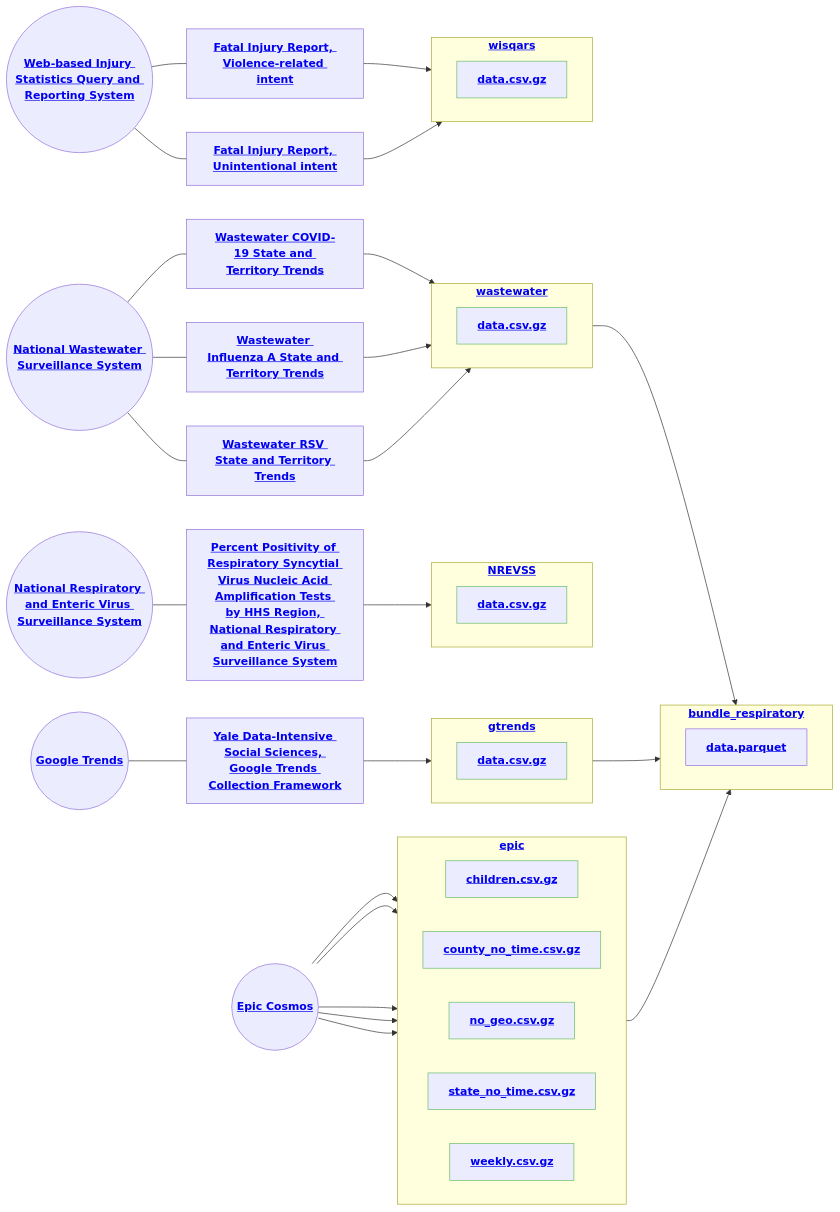
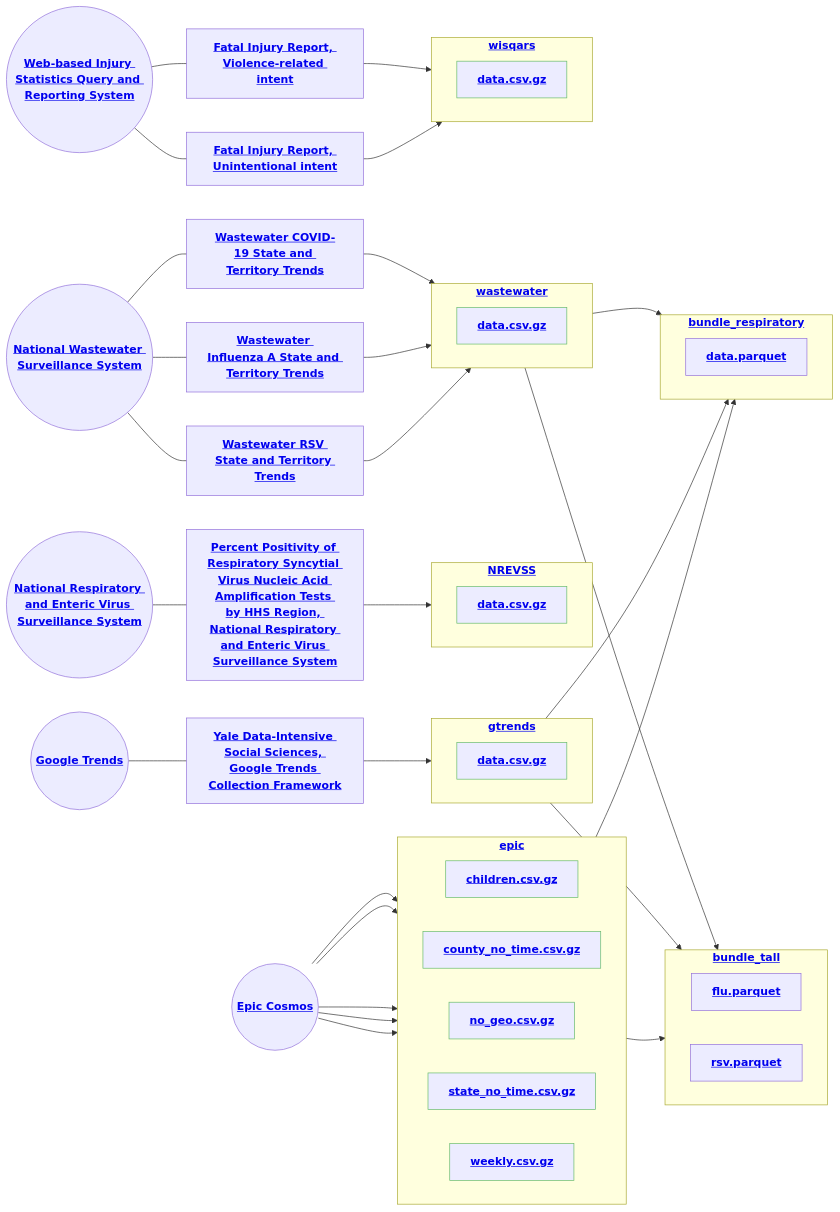
One commit to DISSC-yale/pophive_demo changed the diagram in status.md. Above: the diagram before and after it, drawn with Mermaid. The commit also changed 33 other files, not shown here.

Commit message:
adds tall bundle

````diff
--- a/status.md
+++ b/status.md
@@ -1,61 +1,69 @@
 ```mermaid
 flowchart LR
     classDef pass stroke:#66bb6a
     classDef warn stroke:#ffa726
     classDef fail stroke:#f44336
     s0(("<strong><a href="https://cosmos.epic.com" target="_blank" rel="noreferrer">Epic Cosmos</a></strong>"))
     s1(("<strong><a href="https://trends.google.com" target="_blank" rel="noreferrer">Google Trends</a></strong>"))
     s3(("<strong><a href="https://www.cdc.gov/nrevss" target="_blank" rel="noreferrer">National Respiratory and Enteric Virus Surveillance System</a></strong>"))
     s5(("<strong><a href="https://www.cdc.gov/nwss" target="_blank" rel="noreferrer">National Wastewater Surveillance System</a></strong>"))
     s9(("<strong><a href="https://wisqars.cdc.gov/" target="_blank" rel="noreferrer">Web-based Injury Statistics Query and Reporting System</a></strong>"))
     subgraph epic["`<strong><a href="https://github.com/dissc-yale/pophive_demo/tree/main/data/epic" target="_blank" rel="noreferrer">epic</a></strong>`"]
         direction LR
         n1["`<strong><a href="https://github.com/dissc-yale/pophive_demo/blob/main/data/epic/standard/children.csv.gz" target="_blank" rel="noreferrer">children.csv.gz</a></strong>`"]:::pass
         n2["`<strong><a href="https://github.com/dissc-yale/pophive_demo/blob/main/data/epic/standard/county_no_time.csv.gz" target="_blank" rel="noreferrer">county_no_time.csv.gz</a></strong>`"]:::pass
         n3["`<strong><a href="https://github.com/dissc-yale/pophive_demo/blob/main/data/epic/standard/no_geo.csv.gz" target="_blank" rel="noreferrer">no_geo.csv.gz</a></strong>`"]:::pass
         n4["`<strong><a href="https://github.com/dissc-yale/pophive_demo/blob/main/data/epic/standard/state_no_time.csv.gz" target="_blank" rel="noreferrer">state_no_time.csv.gz</a></strong>`"]:::pass
         n5["`<strong><a href="https://github.com/dissc-yale/pophive_demo/blob/main/data/epic/standard/weekly.csv.gz" target="_blank" rel="noreferrer">weekly.csv.gz</a></strong>`"]:::pass
     end
     subgraph gtrends["`<strong><a href="https://github.com/dissc-yale/pophive_demo/tree/main/data/gtrends" target="_blank" rel="noreferrer">gtrends</a></strong>`"]
         direction LR
         n6["`<strong><a href="https://github.com/dissc-yale/pophive_demo/blob/main/data/gtrends/standard/data.csv.gz" target="_blank" rel="noreferrer">data.csv.gz</a></strong>`"]:::pass
     end
     subgraph NREVSS["`<strong><a href="https://github.com/dissc-yale/pophive_demo/tree/main/data/NREVSS" target="_blank" rel="noreferrer">NREVSS</a></strong>`"]
         direction LR
         n7["`<strong><a href="https://github.com/dissc-yale/pophive_demo/blob/main/data/NREVSS/standard/data.csv.gz" target="_blank" rel="noreferrer">data.csv.gz</a></strong>`"]:::pass
     end
     subgraph wastewater["`<strong><a href="https://github.com/dissc-yale/pophive_demo/tree/main/data/wastewater" target="_blank" rel="noreferrer">wastewater</a></strong>`"]
         direction LR
         n8["`<strong><a href="https://github.com/dissc-yale/pophive_demo/blob/main/data/wastewater/standard/data.csv.gz" target="_blank" rel="noreferrer">data.csv.gz</a></strong>`"]:::pass
     end
     subgraph wisqars["`<strong><a href="https://github.com/dissc-yale/pophive_demo/tree/main/data/wisqars" target="_blank" rel="noreferrer">wisqars</a></strong>`"]
         direction LR
         n9["`<strong><a href="https://github.com/dissc-yale/pophive_demo/blob/main/data/wisqars/standard/data.csv.gz" target="_blank" rel="noreferrer">data.csv.gz</a></strong>`"]:::pass
     end
     subgraph bundle_respiratory["`<strong><a href="https://github.com/dissc-yale/pophive_demo/tree/main/data/bundle_respiratory" target="_blank" rel="noreferrer">bundle_respiratory</a></strong>`"]
         direction LR
         n10["`<strong><a href="https://github.com/dissc-yale/pophive_demo/blob/main/data/bundle_respiratory/dist/data.parquet" target="_blank" rel="noreferrer">data.parquet</a></strong>`"]
     end
+    subgraph bundle_tall["`<strong><a href="https://github.com/dissc-yale/pophive_demo/tree/main/data/bundle_tall" target="_blank" rel="noreferrer">bundle_tall</a></strong>`"]
+        direction LR
+        n11["`<strong><a href="https://github.com/dissc-yale/pophive_demo/blob/main/data/bundle_tall/dist/flu.parquet" target="_blank" rel="noreferrer">flu.parquet</a></strong>`"]
+        n12["`<strong><a href="https://github.com/dissc-yale/pophive_demo/blob/main/data/bundle_tall/dist/rsv.parquet" target="_blank" rel="noreferrer">rsv.parquet</a></strong>`"]
+    end
     s0 --> n1
     s0 --> n2
     s0 --> n3
     s0 --> n4
     s0 --> n5
     s1---s2["<strong><a href="https://github.com/DISSC-yale/gtrends_collection" target="_blank" rel="noreferrer">Yale Data-Intensive Social Sciences, Google Trends Collection Framework</a></strong>"]
     s2 --> n6
     s3---s4["<strong><a href="https://data.cdc.gov/resource/3cxc-4k8q" target="_blank" rel="noreferrer">Percent Positivity of Respiratory Syncytial Virus Nucleic Acid Amplification Tests by HHS Region, National Respiratory and Enteric Virus Surveillance System</a></strong>"]
     s4 --> n7
     s5---s6["<strong><a href="https://www.cdc.gov/nwss/rv/COVID19-statetrend.html" target="_blank" rel="noreferrer">Wastewater COVID-19 State and Territory Trends</a></strong>"]
     s6 --> n8
     s5---s7["<strong><a href="https://www.cdc.gov/nwss/rv/InfluenzaA-statetrend.html" target="_blank" rel="noreferrer">Wastewater Influenza A State and Territory Trends</a></strong>"]
     s7 --> n8
     s5---s8["<strong><a href="https://www.cdc.gov/nwss/rv/RSV-statetrend.html" target="_blank" rel="noreferrer">Wastewater RSV State and Territory Trends</a></strong>"]
     s8 --> n8
     s9---s10["<strong><a href="https://wisqars.cdc.gov/reports/?o=MORT&i=8&m=20810&s=0&r=0&ry=2&y1=2018&y2=2023&a=ALL&g1=0&g2=199&a1=0&a2=199&r1=MECH&r2=AGEGP&r3=STATE&r4=YEAR&r5=NONE&r6=NONE&g=00&e=0&yp=65&me=0&t=0" target="_blank" rel="noreferrer">Fatal Injury Report, Violence-related intent</a></strong>"]
     s10 --> n9
     s9---s11["<strong><a href="https://wisqars.cdc.gov/reports/?o=MORT&i=1&m=20810&s=0&r=0&ry=2&y1=2018&y2=2023&a=ALL&g1=0&g2=199&a1=0&a2=199&r1=MECH&r2=AGEGP&r3=STATE&r4=YEAR&r5=NONE&r6=NONE&g=00&e=0&yp=65&me=0&t=0" target="_blank" rel="noreferrer">Fatal Injury Report, Unintentional intent</a></strong>"]
     s11 --> n9
     n5 --> bundle_respiratory
     n6 --> bundle_respiratory
     n8 --> bundle_respiratory
+    n5 --> bundle_tall
+    n6 --> bundle_tall
+    n8 --> bundle_tall
 ```
````
